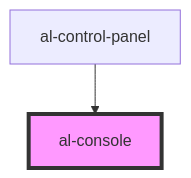
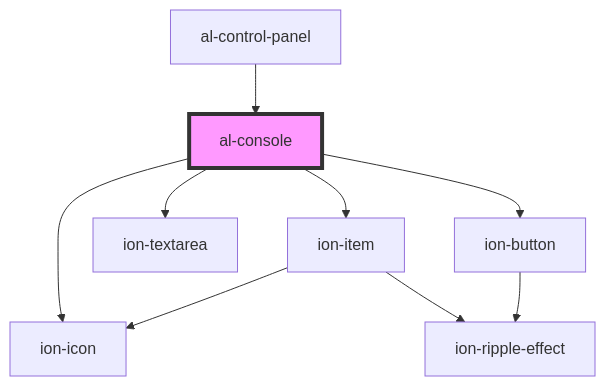
One commit to aleph-viewer/aleph changed the diagram in src/components/al-console/readme.md. Above: the diagram before and after it, drawn with Mermaid. The commit also changed other lines of this file and 11 other files, not shown here.

````diff
--- a/src/components/al-console/readme.md
+++ b/src/components/al-console/readme.md
@@ -30,5 +37,12 @@
 ```mermaid
 graph TD;
+  al-console --> ion-item
+  al-console --> ion-textarea
+  al-console --> ion-button
+  al-console --> ion-icon
+  ion-item --> ion-icon
+  ion-item --> ion-ripple-effect
+  ion-button --> ion-ripple-effect
   al-control-panel --> al-console
   style al-console fill:#f9f,stroke:#333,stroke-width:4px
 ```
````
